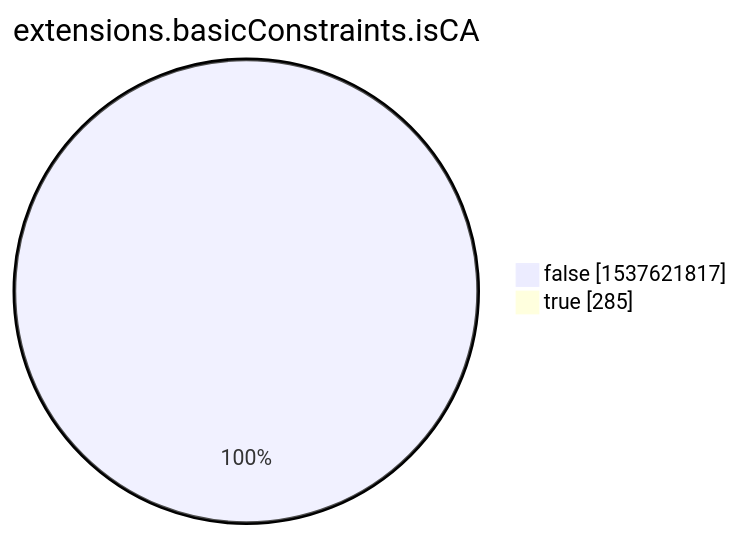
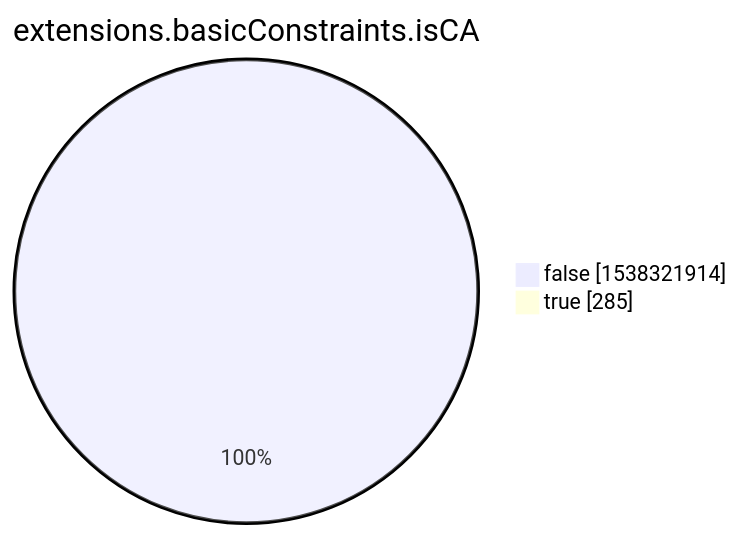
Before and after one commit to christiankrug/ctmonitor_visualization: the eighth of 15 diagrams in xenon2022/README.md, drawn with Mermaid. The commit also changed other lines of this file, not shown here.

````diff
--- a/xenon2022/README.md
+++ b/xenon2022/README.md
@@ -2857,6 +2857,6 @@
 ```mermaid
 pie showData
 title extensions.basicConstraints.isCA
-"false" :1537621817
+"false" :1538321914
 "true" :285
 ```
````
